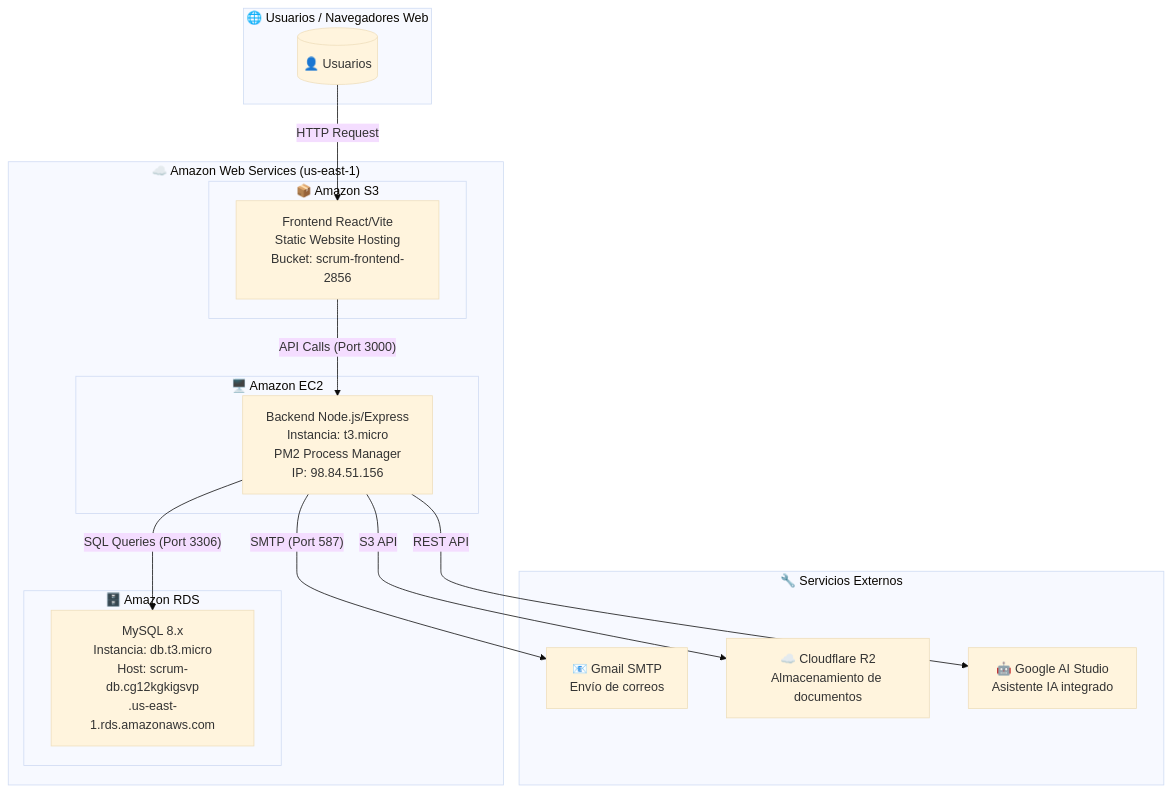
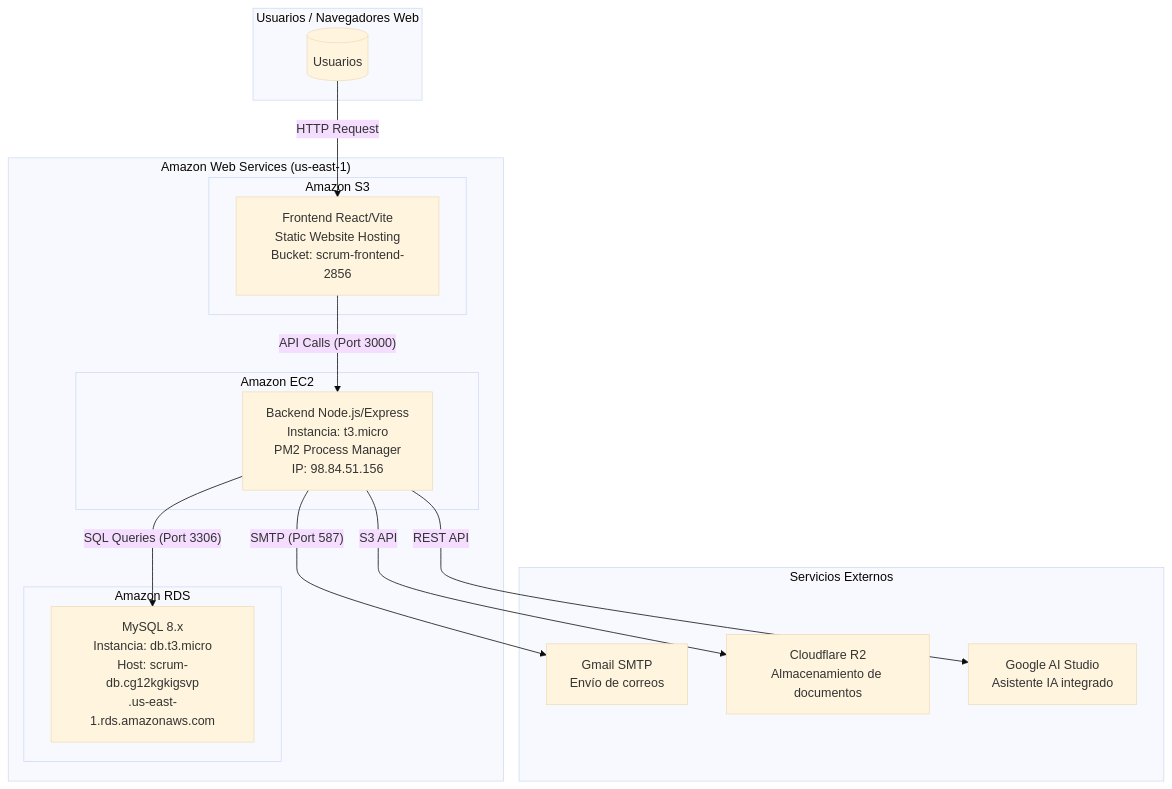
One commit to Macarorn/scrum-frontend changed the first of 4 diagrams in AWS_DOCS/DOCUMENTACION_DESPLIEGUE_AWS.md. Above: the diagram before and after it, drawn with Mermaid (base theme). The commit also changed other lines of this file and 4 other files, not shown here.

````diff
--- a/AWS_DOCS/DOCUMENTACION_DESPLIEGUE_AWS.md
+++ b/AWS_DOCS/DOCUMENTACION_DESPLIEGUE_AWS.md
@@ -46,33 +46,33 @@
 ```mermaid
 graph TB
-    subgraph USUARIOS["🌐 Usuarios / Navegadores Web"]
-        U[("👤 Usuarios")]
+    subgraph USUARIOS[" Usuarios / Navegadores Web"]
+        U[(" Usuarios")]
     end
 
-    subgraph AWS["☁️ Amazon Web Services (us-east-1)"]
-        subgraph S3["📦 Amazon S3"]
+    subgraph AWS[" Amazon Web Services (us-east-1)"]
+        subgraph S3[" Amazon S3"]
             FE["Frontend React/Vite<br/>Static Website Hosting<br/>Bucket: scrum-frontend-2856"]
         end
 
-        subgraph EC2["🖥️ Amazon EC2"]
+        subgraph EC2[" Amazon EC2"]
             BE["Backend Node.js/Express<br/>Instancia: t3.micro<br/>PM2 Process Manager<br/>IP: 98.84.51.156"]
         end
 
-        subgraph RDS["🗄️ Amazon RDS"]
+        subgraph RDS[" Amazon RDS"]
             DB["MySQL 8.x<br/>Instancia: db.t3.micro<br/>Host: scrum-db.cg12kgkigsvp<br/>.us-east-1.rds.amazonaws.com"]
         end
     end
 
-    subgraph EXTERNAL["🔧 Servicios Externos"]
-        SMTP["📧 Gmail SMTP<br/>Envío de correos"]
-        R2["☁️ Cloudflare R2<br/>Almacenamiento de documentos"]
-        AI["🤖 Google AI Studio<br/>Asistente IA integrado"]
+    subgraph EXTERNAL[" Servicios Externos"]
+        SMTP[" Gmail SMTP<br/>Envío de correos"]
+        R2[" Cloudflare R2<br/>Almacenamiento de documentos"]
+        AI[" Google AI Studio<br/>Asistente IA integrado"]
     end
 
     U -->|"HTTP Request"| FE
     FE -->|"API Calls (Port 3000)"| BE
     BE -->|"SQL Queries (Port 3306)"| DB
     BE -->|"SMTP (Port 587)"| SMTP
     BE -->|"S3 API"| R2
     BE -->|"REST API"| AI
 ```
````
